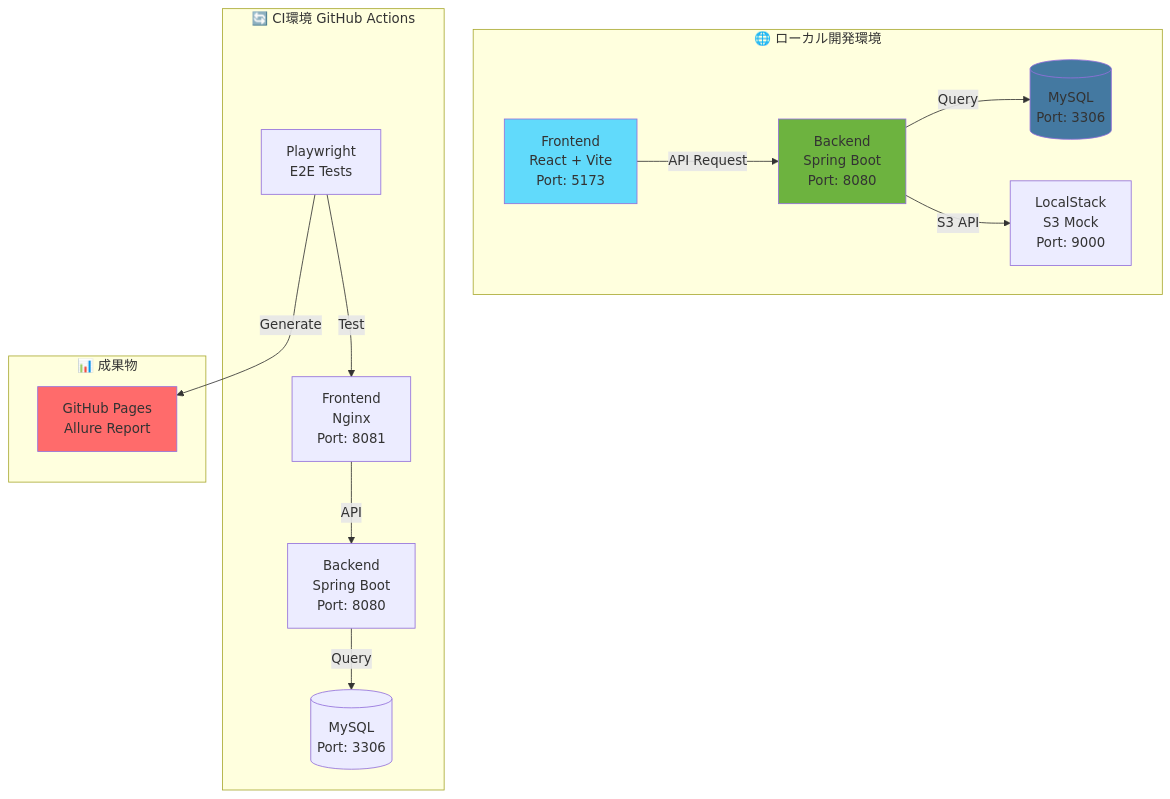
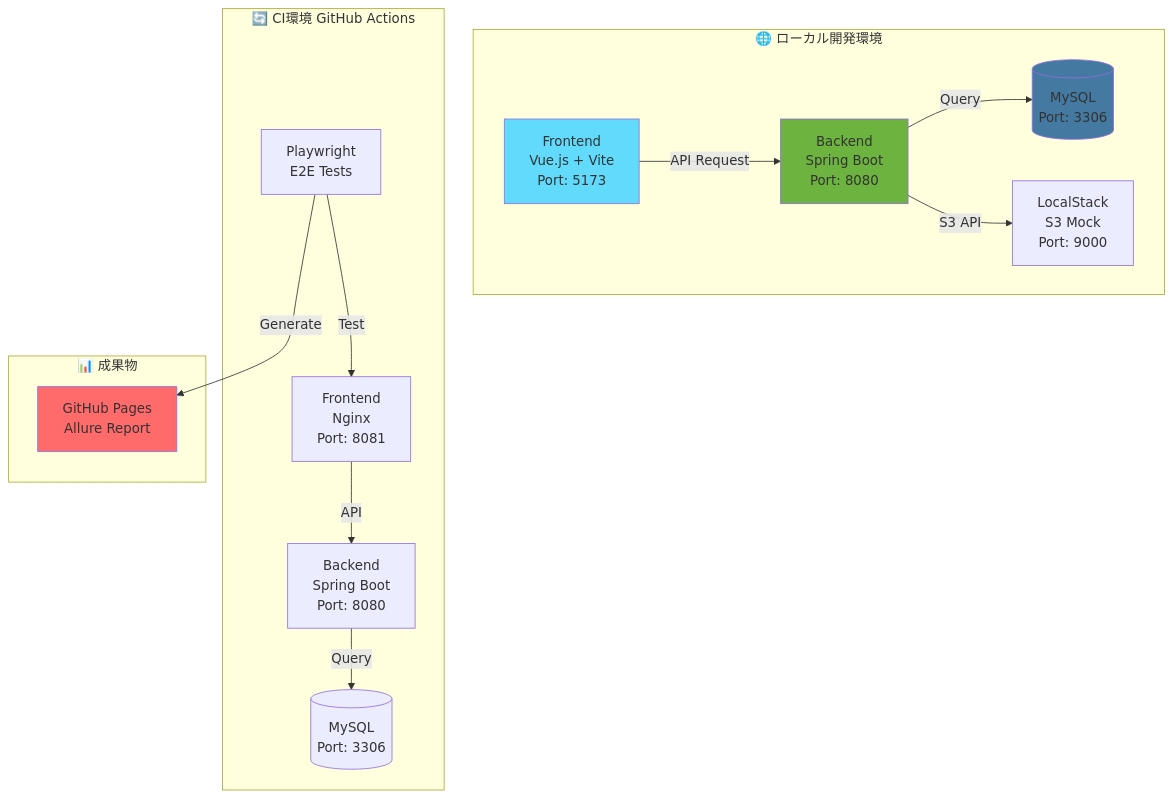
The first of 5 diagrams in README.md (cocomomojo/test_app), drawn with Mermaid before and after one commit. The commit also changed other lines of this file, not shown here.

````diff
--- a/README.md
+++ b/README.md
@@ -42,34 +42,34 @@
 ```mermaid
 graph TB
     subgraph "🌐 ローカル開発環境"
-        FE[Frontend<br/>React + Vite<br/>Port: 5173]
+        FE[Frontend<br/>Vue.js + Vite<br/>Port: 5173]
         BE[Backend<br/>Spring Boot<br/>Port: 8080]
         DB[(MySQL<br/>Port: 3306)]
         LS[LocalStack<br/>S3 Mock<br/>Port: 9000]
     end
     
     subgraph "🔄 CI環境 GitHub Actions"
         FE_CI[Frontend<br/>Nginx<br/>Port: 8081]
         BE_CI[Backend<br/>Spring Boot<br/>Port: 8080]
         DB_CI[(MySQL<br/>Port: 3306)]
         PW[Playwright<br/>E2E Tests]
     end
     
     subgraph "📊 成果物"
         GHP[GitHub Pages<br/>Allure Report]
     end
     
     FE -->|API Request| BE
     BE -->|Query| DB
     BE -->|S3 API| LS
     
     PW -->|Test| FE_CI
     FE_CI -->|API| BE_CI
     BE_CI -->|Query| DB_CI
     PW -->|Generate| GHP
     
     style FE fill:#61dafb
     style BE fill:#6db33f
     style DB fill:#4479a1
     style GHP fill:#ff6b6b
 ```
````
